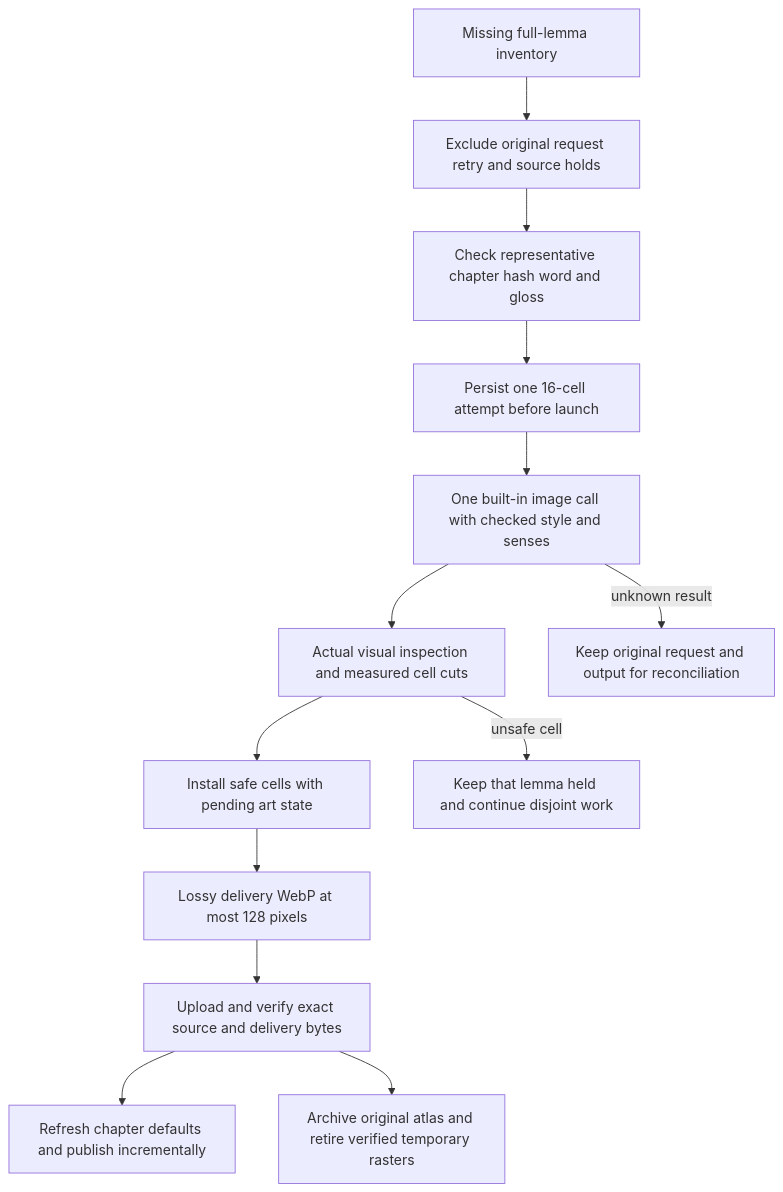
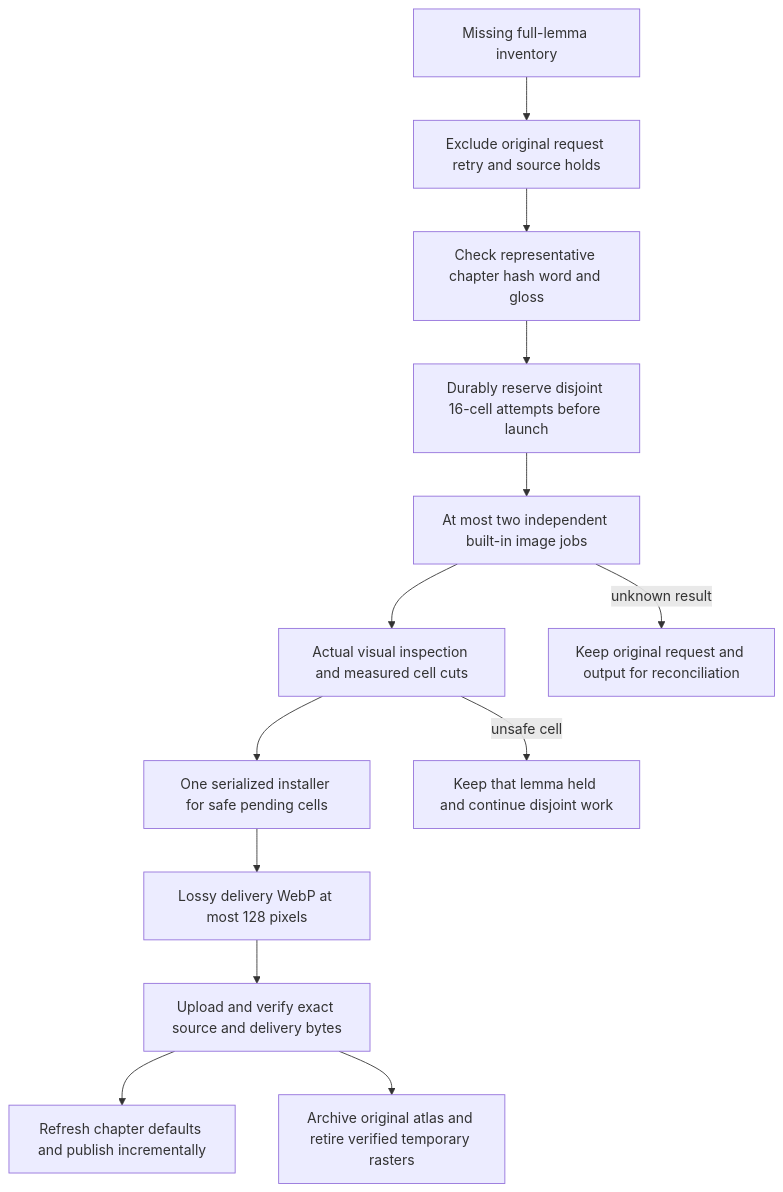
One commit to loveJesus/visual-biblical-language-reader-chirho changed the third of 3 diagrams in spec-chirho/workflows-chirho/whole-bible-chirho.md. Above: the diagram before and after it, drawn with Mermaid. The commit also changed other lines of this file and 71 other files, not shown here.

````diff
--- a/spec-chirho/workflows-chirho/whole-bible-chirho.md
+++ b/spec-chirho/workflows-chirho/whole-bible-chirho.md
@@ -51,15 +51,15 @@
 ```mermaid
 flowchart TD
   missing_chirho[Missing full-lemma inventory] --> legacy_chirho[Exclude original request retry and source holds]
   legacy_chirho --> source_chirho[Check representative chapter hash word and gloss]
-  source_chirho --> attempt_chirho[Persist one 16-cell attempt before launch]
-  attempt_chirho --> generator_chirho[One built-in image call with checked style and senses]
+  source_chirho --> attempt_chirho[Durably reserve disjoint 16-cell attempts before launch]
+  attempt_chirho --> generator_chirho[At most two independent built-in image jobs]
   generator_chirho --> inspect_chirho[Actual visual inspection and measured cell cuts]
-  inspect_chirho --> install_chirho[Install safe cells with pending art state]
+  inspect_chirho --> install_chirho[One serialized installer for safe pending cells]
   inspect_chirho -->|unsafe cell| item_hold_chirho[Keep that lemma held and continue disjoint work]
   generator_chirho -->|unknown result| result_hold_chirho[Keep original request and output for reconciliation]
   install_chirho --> compress_chirho[Lossy delivery WebP at most 128 pixels]
   compress_chirho --> r2_chirho[Upload and verify exact source and delivery bytes]
   r2_chirho --> public_chirho[Refresh chapter defaults and publish incrementally]
   r2_chirho --> retire_chirho[Archive original atlas and retire verified temporary rasters]
 ```
````
